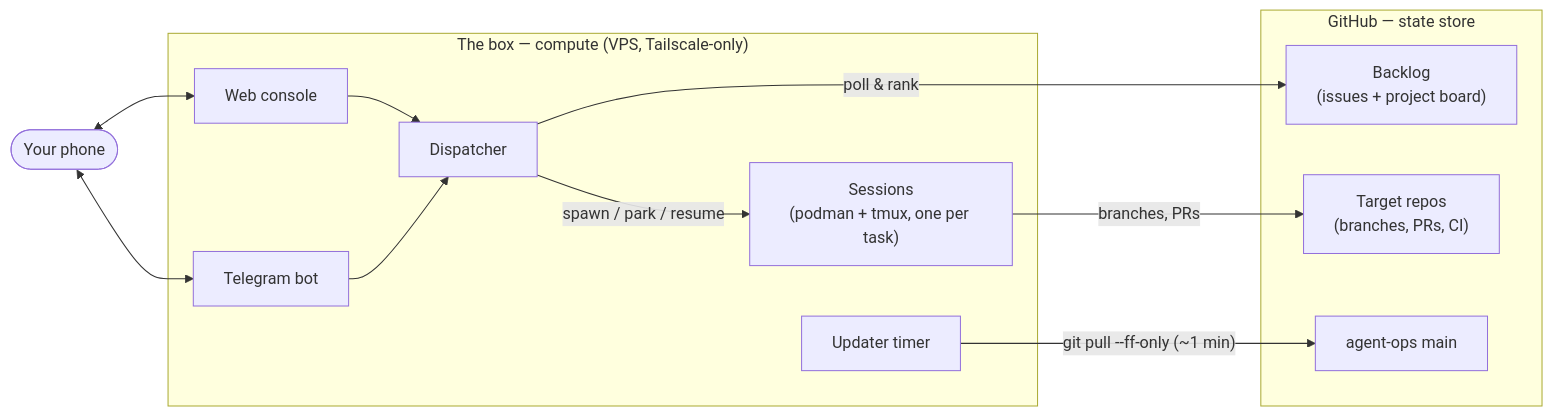
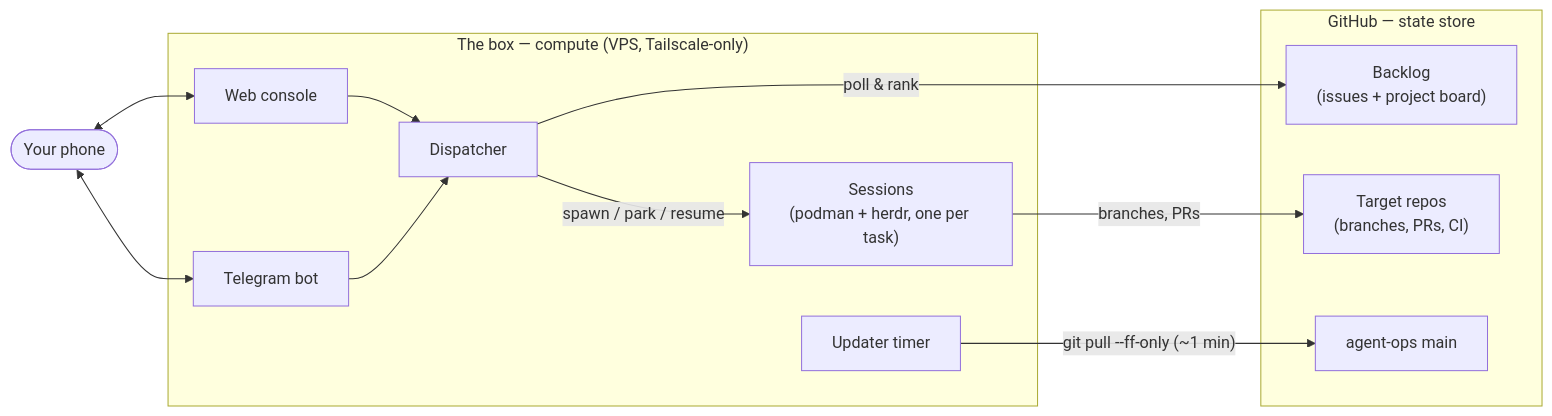
Before and after one commit to jesdi/agent-ops: the first of 2 diagrams in README.md, drawn with Mermaid. The commit also changed other lines of this file and 6 other files, not shown here.

Commit message:
docs: herdr is the session layer; operator attach via herdr --remote / Moshi

````diff
--- a/README.md
+++ b/README.md
@@ -47,27 +47,27 @@
 ```mermaid
 flowchart LR
     subgraph github["GitHub — state store"]
         board["Backlog<br/>(issues + project board)"]
         repos["Target repos<br/>(branches, PRs, CI)"]
         main["agent-ops main"]
     end
 
     subgraph box["The box — compute (VPS, Tailscale-only)"]
         dispatcher["Dispatcher"]
-        session["Sessions<br/>(podman + tmux, one per task)"]
+        session["Sessions<br/>(podman + herdr, one per task)"]
         console["Web console"]
         telegram["Telegram bot"]
         updater["Updater timer"]
     end
 
     phone(["Your phone"])
 
     dispatcher -- "poll & rank" --> board
     dispatcher -- "spawn / park / resume" --> session
     session -- "branches, PRs" --> repos
     updater -- "git pull --ff-only (~1 min)" --> main
     phone <--> console
     phone <--> telegram
     console --> dispatcher
     telegram --> dispatcher
 ```
````
